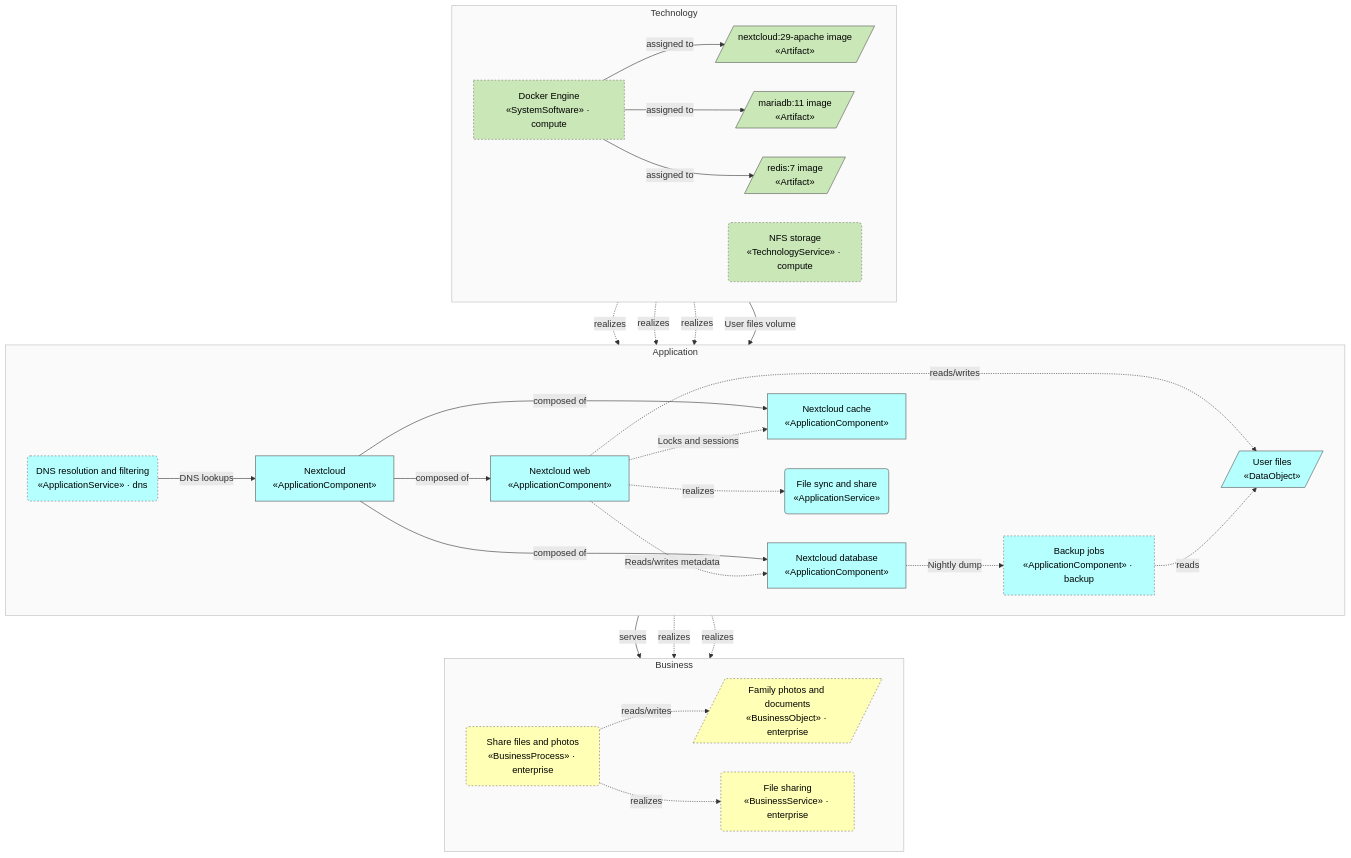
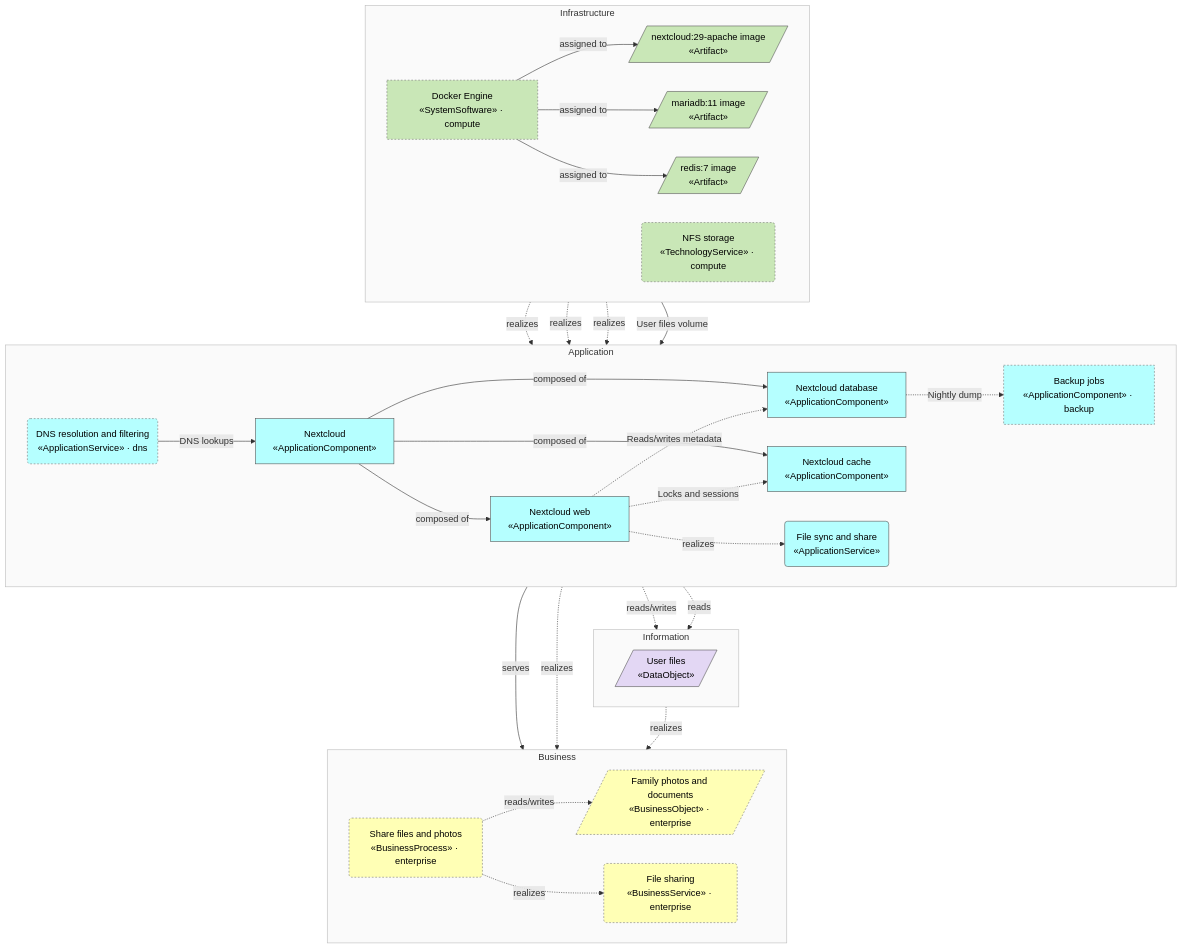
One commit to b-zig/a4m changed the second of 3 diagrams in docs/nextcloud/view-layered.md. Above: the diagram before and after it, drawn with Mermaid. The commit also changed other lines of this file and 83 other files, not shown here.

````diff
--- a/docs/nextcloud/view-layered.md
+++ b/docs/nextcloud/view-layered.md
@@ -81,61 +87,67 @@
 ```mermaid
 flowchart TB
   subgraph layer_business["Business"]
     direction LR
     enterprise__bus_obj_photos[/"Family photos and documents<br/>«BusinessObject» · enterprise"/]
     enterprise__bus_proc_share("Share files and photos<br/>«BusinessProcess» · enterprise")
     enterprise__bus_svc_file_sharing("File sharing<br/>«BusinessService» · enterprise")
   end
+  subgraph layer_information["Information"]
+    direction LR
+    data_files[/"User files<br/>«DataObject»"/]
+  end
   subgraph layer_application["Application"]
     direction LR
     app_nextcloud["Nextcloud<br/>«ApplicationComponent»"]
     app_nextcloud_web["Nextcloud web<br/>«ApplicationComponent»"]
     app_nextcloud_db["Nextcloud database<br/>«ApplicationComponent»"]
     app_nextcloud_cache["Nextcloud cache<br/>«ApplicationComponent»"]
     app_svc_file_sync("File sync and share<br/>«ApplicationService»")
-    app_data_files[/"User files<br/>«DataObject»"/]
     backup__app_backup["Backup jobs<br/>«ApplicationComponent» · backup"]
     dns__app_svc_dns("DNS resolution and filtering<br/>«ApplicationService» · dns")
   end
-  subgraph layer_technology["Technology"]
+  subgraph layer_infrastructure["Infrastructure"]
     direction LR
-    tech_art_nextcloud[/"nextcloud:29-apache image<br/>«Artifact»"/]
-    tech_art_mariadb[/"mariadb:11 image<br/>«Artifact»"/]
-    tech_art_redis[/"redis:7 image<br/>«Artifact»"/]
-    compute__tech_docker["Docker Engine<br/>«SystemSoftware» · compute"]
-    compute__tech_svc_nfs("NFS storage<br/>«TechnologyService» · compute")
+    infra_art_nextcloud[/"nextcloud:29-apache image<br/>«Artifact»"/]
+    infra_art_mariadb[/"mariadb:11 image<br/>«Artifact»"/]
+    infra_art_redis[/"redis:7 image<br/>«Artifact»"/]
+    compute__infra_docker["Docker Engine<br/>«SystemSoftware» · compute"]
+    compute__infra_svc_nfs("NFS storage<br/>«TechnologyService» · compute")
   end
   app_nextcloud -->|"composed of"| app_nextcloud_web
   app_nextcloud -->|"composed of"| app_nextcloud_db
   app_nextcloud -->|"composed of"| app_nextcloud_cache
   app_nextcloud_web -.->|"realizes"| app_svc_file_sync
   app_nextcloud_web -.->|"Reads/writes metadata"| app_nextcloud_db
   app_nextcloud_web -.->|"Locks and sessions"| app_nextcloud_cache
-  app_nextcloud_web -.->|"reads/writes"| app_data_files
+  app_nextcloud_web -.->|"reads/writes"| data_files
   app_svc_file_sync -->|"serves"| enterprise__bus_proc_share
   app_svc_file_sync -.->|"realizes"| enterprise__bus_svc_file_sharing
-  app_data_files -.->|"realizes"| enterprise__bus_obj_photos
   dns__app_svc_dns -->|"DNS lookups"| app_nextcloud
-  compute__tech_docker -->|"assigned to"| tech_art_nextcloud
-  compute__tech_docker -->|"assigned to"| tech_art_mariadb
-  compute__tech_docker -->|"assigned to"| tech_art_redis
-  tech_art_nextcloud -.->|"realizes"| app_nextcloud_web
-  tech_art_mariadb -.->|"realizes"| app_nextcloud_db
-  tech_art_redis -.->|"realizes"| app_nextcloud_cache
-  compute__tech_svc_nfs -->|"User files volume"| app_nextcloud_web
-  backup__app_backup -.->|"reads"| app_data_files
+  data_files -.->|"realizes"| enterprise__bus_obj_photos
+  compute__infra_docker -->|"assigned to"| infra_art_nextcloud
+  compute__infra_docker -->|"assigned to"| infra_art_mariadb
+  compute__infra_docker -->|"assigned to"| infra_art_redis
+  infra_art_nextcloud -.->|"realizes"| app_nextcloud_web
+  infra_art_mariadb -.->|"realizes"| app_nextcloud_db
+  infra_art_redis -.->|"realizes"| app_nextcloud_cache
+  compute__infra_svc_nfs -->|"User files volume"| app_nextcloud_web
+  backup__app_backup -.->|"reads"| data_files
   app_nextcloud_db -.->|"Nightly dump"| backup__app_backup
   enterprise__bus_proc_share -.->|"realizes"| enterprise__bus_svc_file_sharing
   enterprise__bus_proc_share -.->|"reads/writes"| enterprise__bus_obj_photos
   classDef business fill:#FFFFB5,stroke:#555,color:#000
   class enterprise__bus_obj_photos,enterprise__bus_proc_share,enterprise__bus_svc_file_sharing business
   style layer_business fill:#fafafa,stroke:#bbb
+  classDef information fill:#E3D7F4,stroke:#555,color:#000
+  class data_files information
+  style layer_information fill:#fafafa,stroke:#bbb
   classDef application fill:#B5FFFF,stroke:#555,color:#000
-  class app_nextcloud,app_nextcloud_web,app_nextcloud_db,app_nextcloud_cache,app_svc_file_sync,app_data_files,backup__app_backup,dns__app_svc_dns application
+  class app_nextcloud,app_nextcloud_web,app_nextcloud_db,app_nextcloud_cache,app_svc_file_sync,backup__app_backup,dns__app_svc_dns application
   style layer_application fill:#fafafa,stroke:#bbb
-  classDef technology fill:#C9E7B7,stroke:#555,color:#000
-  class tech_art_nextcloud,tech_art_mariadb,tech_art_redis,compute__tech_docker,compute__tech_svc_nfs technology
-  style layer_technology fill:#fafafa,stroke:#bbb
+  classDef infrastructure fill:#C9E7B7,stroke:#555,color:#000
+  class infra_art_nextcloud,infra_art_mariadb,infra_art_redis,compute__infra_docker,compute__infra_svc_nfs infrastructure
+  style layer_infrastructure fill:#fafafa,stroke:#bbb
   classDef foreign stroke:#777,stroke-dasharray:3 3
-  class backup__app_backup,compute__tech_docker,compute__tech_svc_nfs,dns__app_svc_dns,enterprise__bus_obj_photos,enterprise__bus_proc_share,enterprise__bus_svc_file_sharing foreign
+  class backup__app_backup,compute__infra_docker,compute__infra_svc_nfs,dns__app_svc_dns,enterprise__bus_obj_photos,enterprise__bus_proc_share,enterprise__bus_svc_file_sharing foreign
 ```
````
